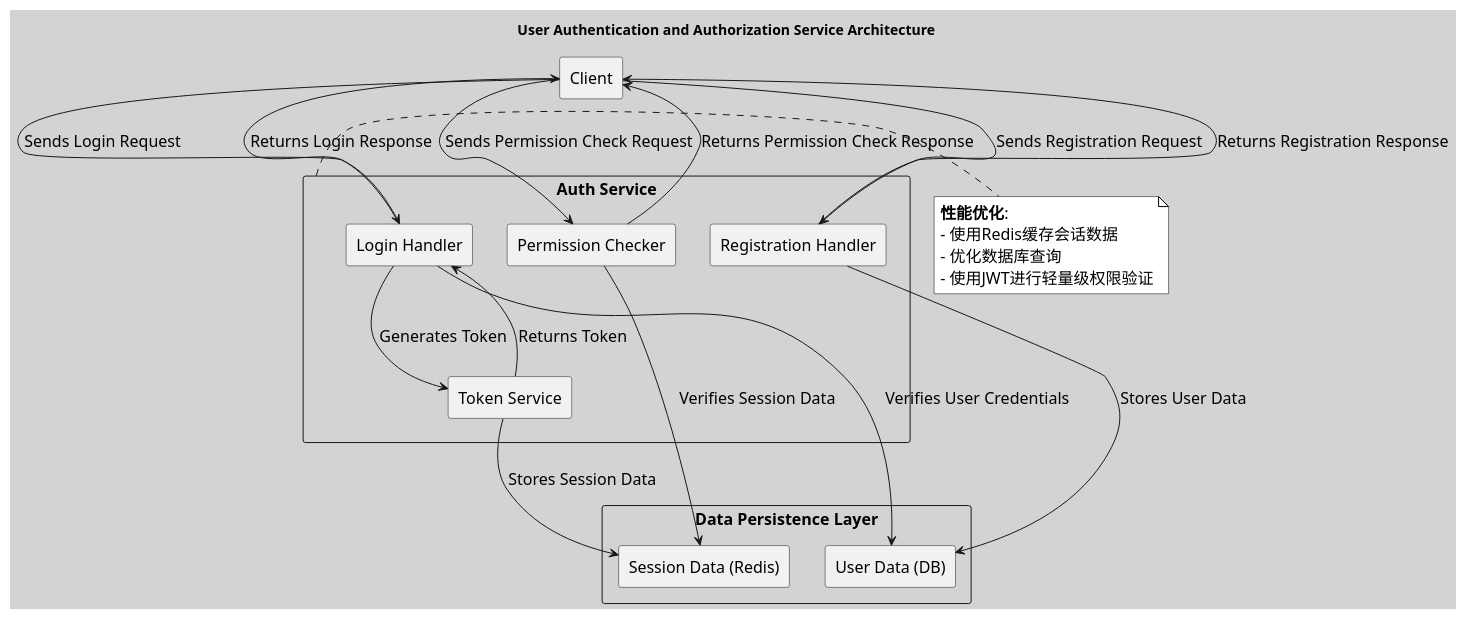
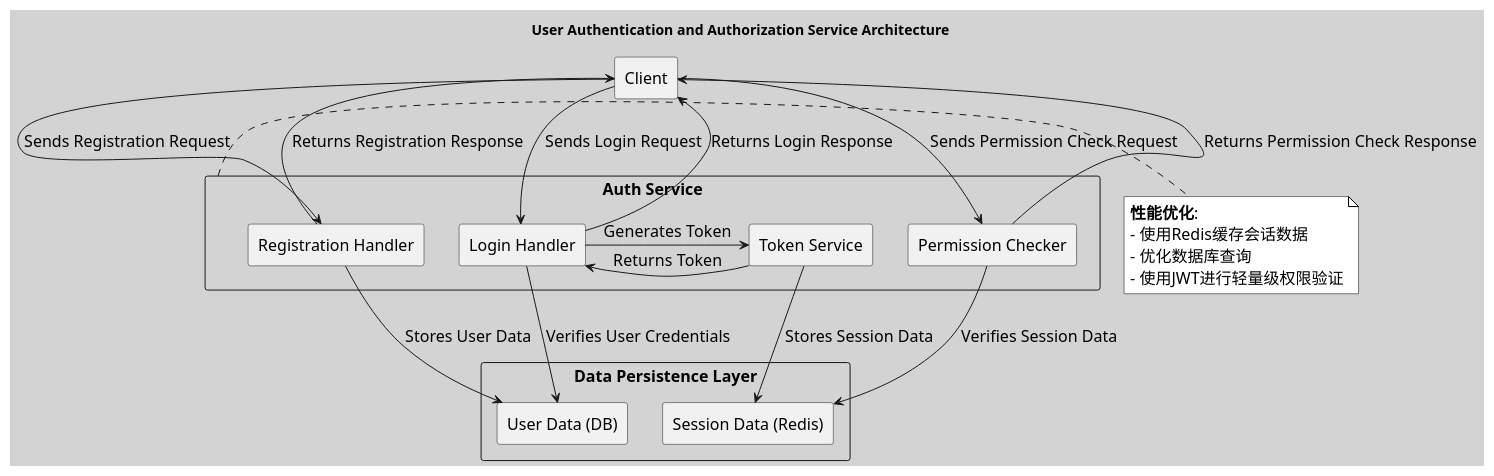
Before and after one commit to huangyingw/system_design: the diagram in twitter/twitter_user_authentication_authorization_service.puml, drawn with PlantUML.

```diff
--- a/twitter/twitter_user_authentication_authorization_service.puml
+++ b/twitter/twitter_user_authentication_authorization_service.puml
@@ -1,51 +1,51 @@
 @startuml
 
 skinparam backgroundColor #D3D3D3
 skinparam defaultFontName "Arial"
 skinparam defaultFontSize 16
 skinparam note {
     BackgroundColor #FFFFFF
         BorderColor #000000
         FontSize 16
         FontName "Arial"
 }
 
 title User Authentication and Authorization Service Architecture
 
 rectangle "Client" as Client
 
 rectangle "Auth Service" as Auth {
     rectangle "Login Handler" as LH
-        rectangle "Registration Handler" as RH
+        rectangle "Registration Handler" as RegH
         rectangle "Token Service" as TS
         rectangle "Permission Checker" as PC
 }
 
 rectangle "Data Persistence Layer" as DPS {
     rectangle "User Data (DB)" as UD
         rectangle "Session Data (Redis)" as SD
 }
 
 Client -down-> LH : Sends Login Request
 LH -down-> UD : Verifies User Credentials
-LH -down-> TS : Generates Token
+LH -right-> TS : Generates Token
 TS -down-> SD : Stores Session Data
-TS -up-> LH : Returns Token
+TS -left-> LH : Returns Token
 LH -up-> Client : Returns Login Response
 
-Client -down-> RH : Sends Registration Request
-RH -down-> UD : Stores User Data
-RH -up-> Client : Returns Registration Response
+Client -down-> RegH : Sends Registration Request
+RegH -down-> UD : Stores User Data
+RegH -up-> Client : Returns Registration Response
 
 Client -down-> PC : Sends Permission Check Request
 PC -down-> SD : Verifies Session Data
 PC -up-> Client : Returns Permission Check Response
 
 note right of Auth
 **性能优化**:
 - 使用Redis缓存会话数据
 - 优化数据库查询
 - 使用JWT进行轻量级权限验证
 end note
 
 @enduml
```
